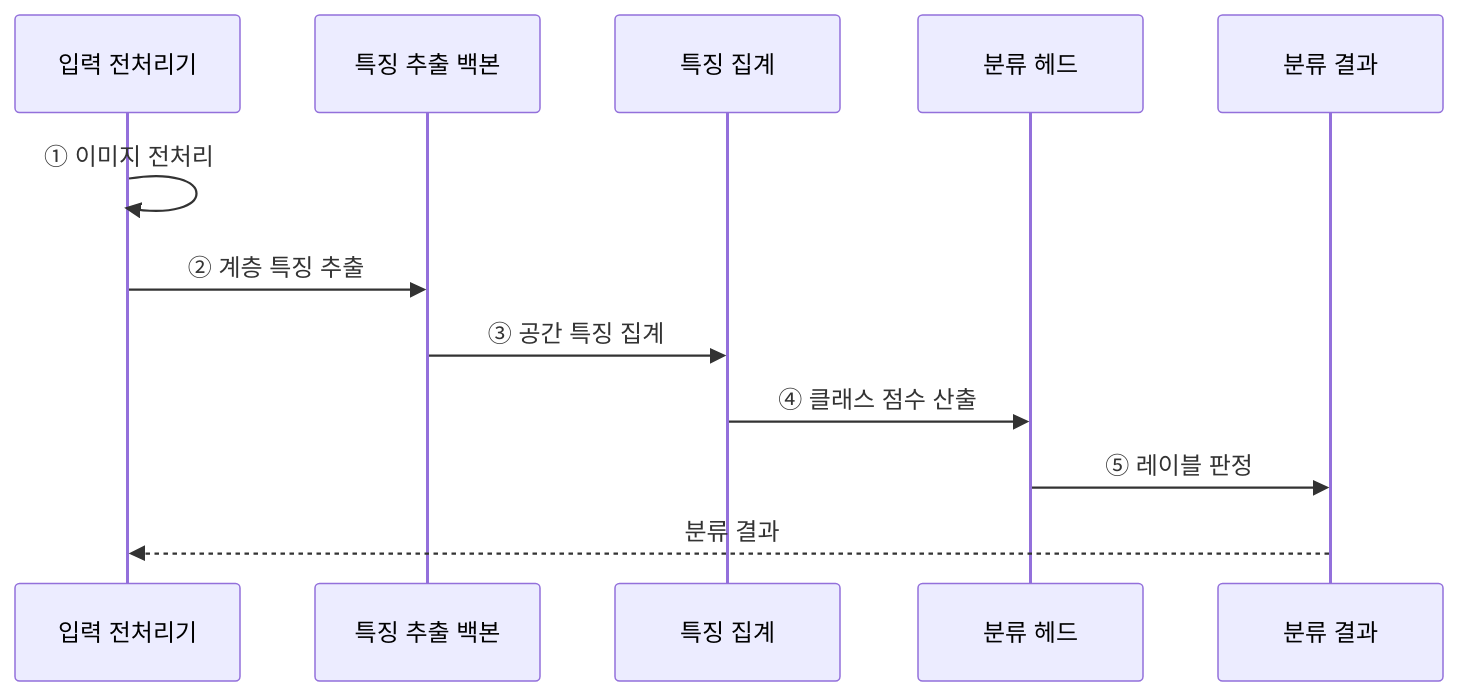
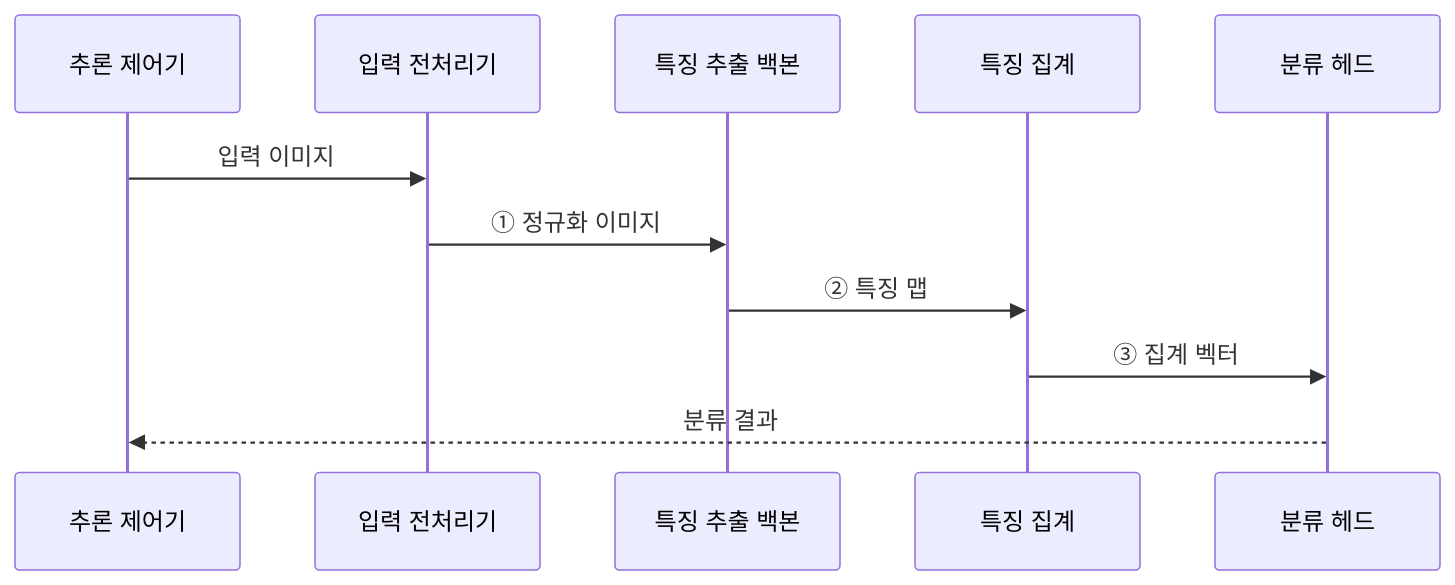
One commit to agnusdei1207/knowledge-base changed the second of 2 diagrams in src/content/docs/notes/01-basic-theory/056_image_classification.md. Above: the diagram before and after it, drawn with Mermaid. The commit also changed other lines of this file and 10 other files, not shown here.

````diff
--- a/src/content/docs/notes/01-basic-theory/056_image_classification.md
+++ b/src/content/docs/notes/01-basic-theory/056_image_classification.md
@@ -94,14 +80,13 @@
 ```mermaid
 sequenceDiagram
+    participant T as 추론 제어기
     participant I as 입력 전처리기
     participant B as 특징 추출 백본
     participant G as 특징 집계
     participant H as 분류 헤드
-    participant O as 분류 결과
-    I->>I: ① 이미지 전처리
-    I->>B: ② 계층 특징 추출
-    B->>G: ③ 공간 특징 집계
-    G->>H: ④ 클래스 점수 산출
-    H->>O: ⑤ 레이블 판정
-    O-->>I: 분류 결과
+    T->>I: 입력 이미지
+    I->>B: ① 정규화 이미지
+    B->>G: ② 특징 맵
+    G->>H: ③ 집계 벡터
+    H-->>T: 분류 결과
 ```
````
